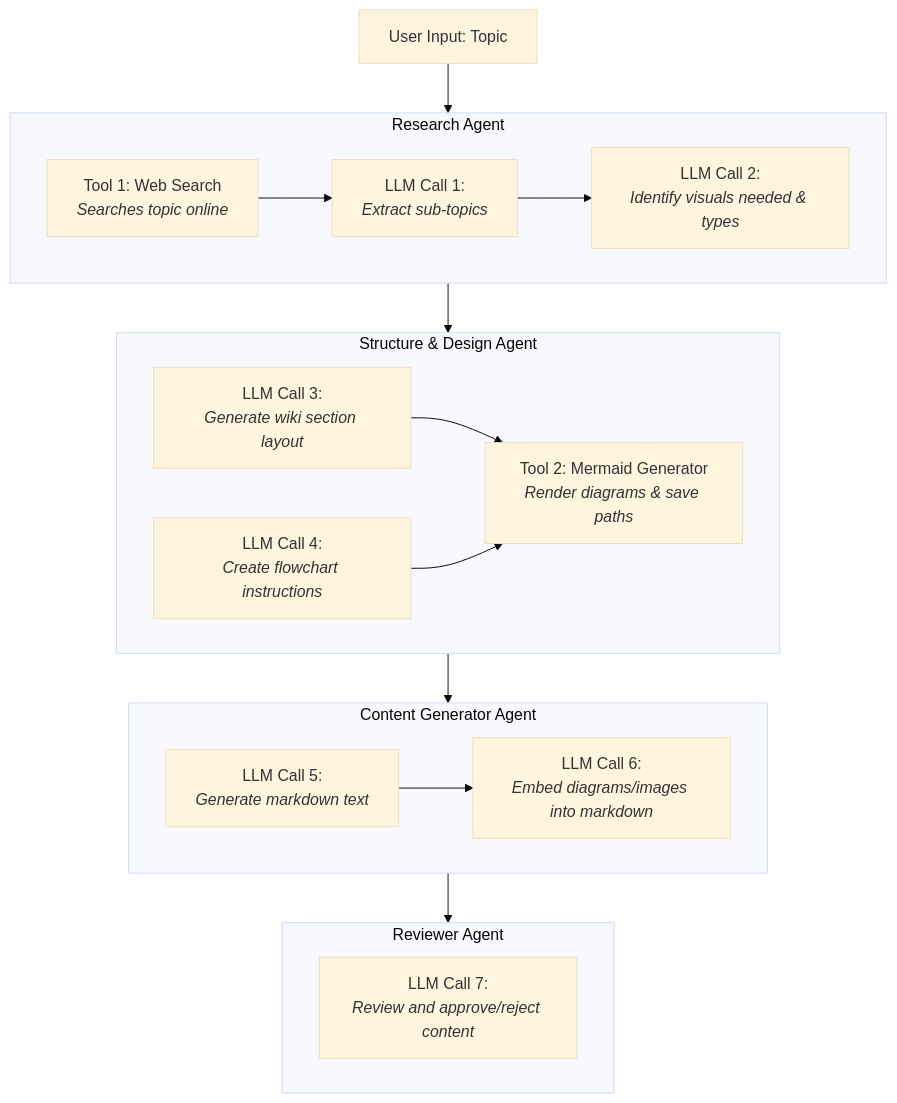
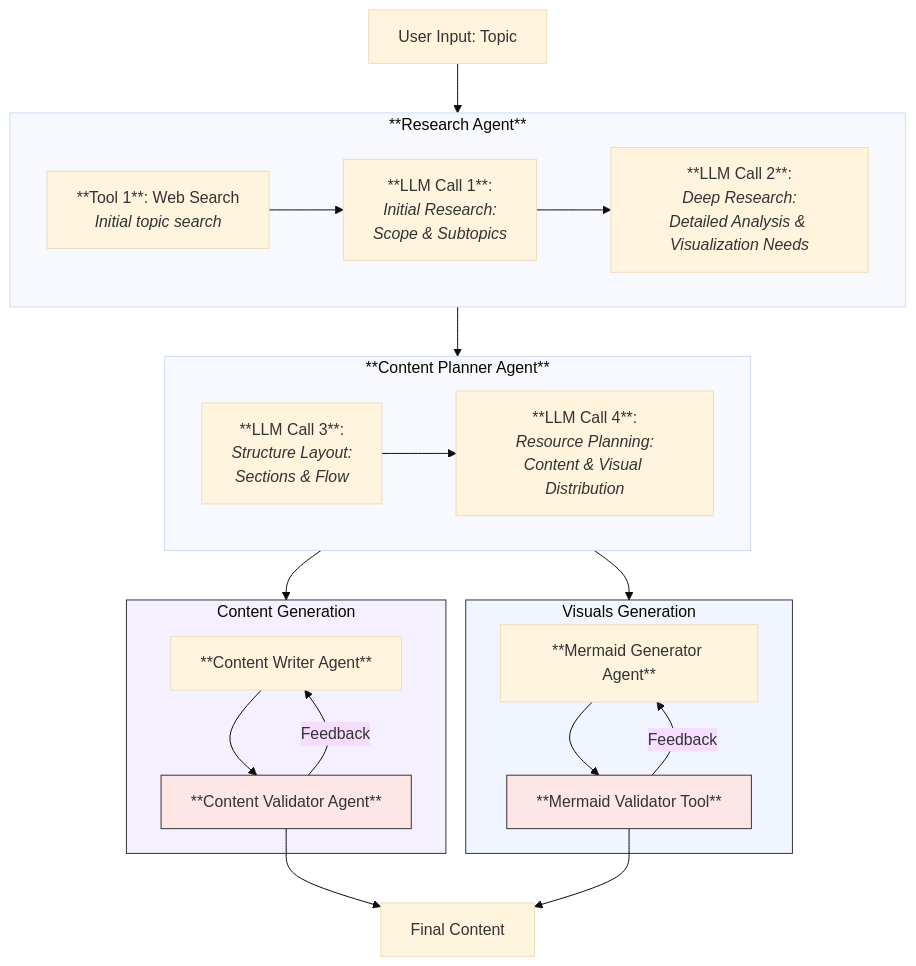
Before and after one commit to rishi255/learnmate: the diagram in documentation/multi_agent_design_flowchart.mmd, drawn with Mermaid (base theme). The commit also changed 6 other files, not shown here.

```diff
--- a/documentation/multi_agent_design_flowchart.mmd
+++ b/documentation/multi_agent_design_flowchart.mmd
@@ -1,31 +1,38 @@
 ---
 config:
   layout: dagre
 ---
 flowchart TD
- subgraph B["Research Agent"]
-        B1["Tool 1: Web Search<br><i>Searches topic online</i>"]
-        B2["LLM Call 1:<br><i>Extract sub-topics</i>"]
-        B3["LLM Call 2:<br><i>Identify visuals needed &amp; types</i>"]
+ subgraph B["**Research Agent**"]
+        B1["**Tool 1**: Web Search<br><i>Initial topic search</i>"]
+        B2["**LLM Call 1**:<br><i>Initial Research:<br>Scope &amp; Subtopics</i>"]
+        B3["**LLM Call 2**:<br><i>Deep Research:<br>Detailed Analysis &amp; Visualization Needs</i>"]
   end
- subgraph C["Structure & Design Agent"]
-        C1["LLM Call 3:<br><i>Generate wiki section layout</i>"]
-        C2["LLM Call 4:<br><i>Create flowchart instructions</i>"]
-        C3["Tool 2: Mermaid Generator<br><i>Render diagrams &amp; save paths</i>"]
+ subgraph P["**Content Planner Agent**"]
+        P1["**LLM Call 3**:<br><i>Structure Layout:<br>Sections &amp; Flow</i>"]
+        P2["**LLM Call 4**:<br><i>Resource Planning:<br>Content &amp; Visual Distribution</i>"]
   end
- subgraph D["Content Generator Agent"]
-        D1["LLM Call 5:<br><i>Generate markdown text</i>"]
-        D2["LLM Call 6:<br><i>Embed diagrams/images into markdown</i>"]
+ subgraph ContentPath["Content Generation"]
+        C["**Content Writer Agent**"]
+        CV["**Content Validator Agent**"]
   end
- subgraph E["Reviewer Agent"]
-        E1["LLM Call 7:<br><i>Review and approve/reject content</i>"]
+ subgraph VisualPath["Visuals Generation"]
+        M["**Mermaid Generator Agent**"]
+        MV["**Mermaid Validator Tool**"]
   end
+    A["User Input: Topic"] --> B
     B1 --> B2
     B2 --> B3
-    C1 --> C3
-    C2 --> C3
-    D1 --> D2
-    A["User Input: Topic"] --> B
-    B --> C
-    C --> D
-    D --> E
+    P1 --> P2
+    C --> CV
+    CV -- Feedback --> C
+    M --> MV
+    MV -- Feedback --> M
+    B --> P
+    P --> ContentPath & VisualPath
+    CV --> F["Final Content"]
+    MV --> F
+    style CV fill:#ffe6e6,stroke:#333
+    style MV fill:#ffe6e6,stroke:#333
+    style ContentPath fill:#f5f0ff,stroke:#333
+    style VisualPath fill:#f0f5ff,stroke:#333
```
